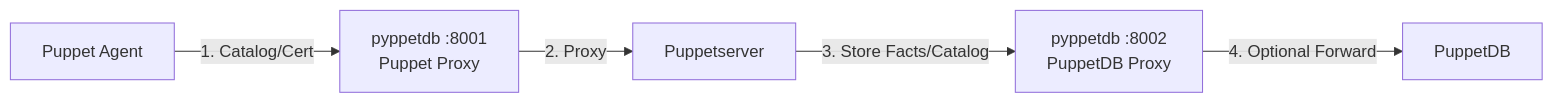
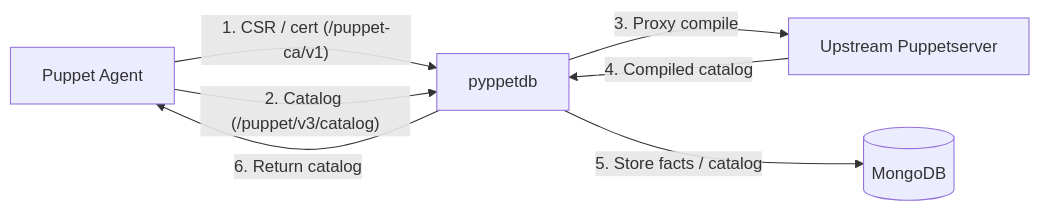
One commit to schlitzered/pyppetdb changed the second of 4 diagrams in docs/architecture.md. Above: the diagram before and after it, drawn with Mermaid. The commit also changed other lines of this file and 8 other files, not shown here.

````diff
--- a/docs/architecture.md
+++ b/docs/architecture.md
@@ -49,13 +59,14 @@
 ```mermaid
 graph LR
     Node[Puppet Agent]
-    P1[pyppetdb :8001<br/>Puppet Proxy]
-    PS[Puppetserver]
-    P2[pyppetdb :8002<br/>PuppetDB Proxy]
-    PDB[PuppetDB]
+    P1["pyppetdb"]
+    UPS[Upstream Puppetserver]
+    DB[(MongoDB)]
 
-    Node -- "1. Catalog/Cert" --> P1
-    P1 -- "2. Proxy" --> PS
-    PS -- "3. Store Facts/Catalog" --> P2
-    P2 -- "4. Optional Forward" --> PDB
+    Node -- "1. CSR / cert (/puppet-ca/v1)" --> P1
+    Node -- "2. Catalog (/puppet/v3/catalog)" --> P1
+    P1 -- "3. Proxy compile" --> UPS
+    UPS -- "4. Compiled catalog" --> P1
+    P1 -- "5. Store facts / catalog" --> DB
+    P1 -- "6. Return catalog" --> Node
 ```
````
